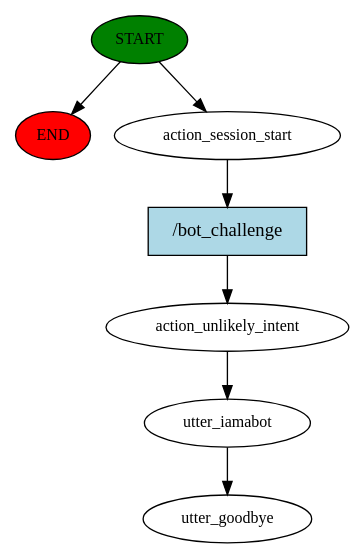
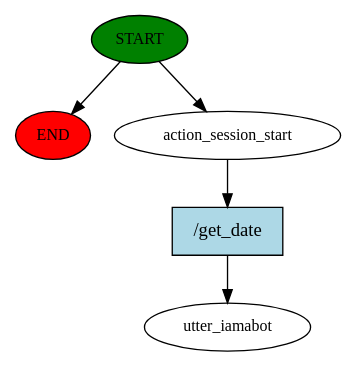
Before and after one commit to AlejandroChitivaC/BotPythonRasa: the diagram in story_graph.dot, drawn with Graphviz. The commit also changed 386 other files, not shown here.

```diff
--- a/story_graph.dot
+++ b/story_graph.dot
@@ -1,15 +1,11 @@
 digraph  {
 0 [class="start active", fillcolor=green, fontsize=12, label=START, style=filled];
 "-1" [class=end, fillcolor=red, fontsize=12, label=END, style=filled];
 1 [class=active, fontsize=12, label=action_session_start];
-2 [class=active, fontsize=12, label=action_unlikely_intent];
-3 [class=active, fontsize=12, label=utter_iamabot];
-4 [class="dashed active", fontsize=12, label=utter_goodbye];
-5 [class="intent active", fillcolor=lightblue, label="/bot_challenge", shape=rect, style=filled];
+2 [class="dashed active", fontsize=12, label=utter_iamabot];
+3 [class="intent active", fillcolor=lightblue, label="/get_date", shape=rect, style=filled];
 0 -> "-1"  [class="", key=NONE, label=""];
 0 -> 1  [class=active, key=NONE, label=""];
-1 -> 5  [class=active, key=0];
-2 -> 3  [class=active, key=NONE, label=""];
-3 -> 4  [class=active, key=NONE, label=""];
-5 -> 2  [class=active, key=0];
+1 -> 3  [class=active, key=0];
+3 -> 2  [class=active, key=0];
 }
```
